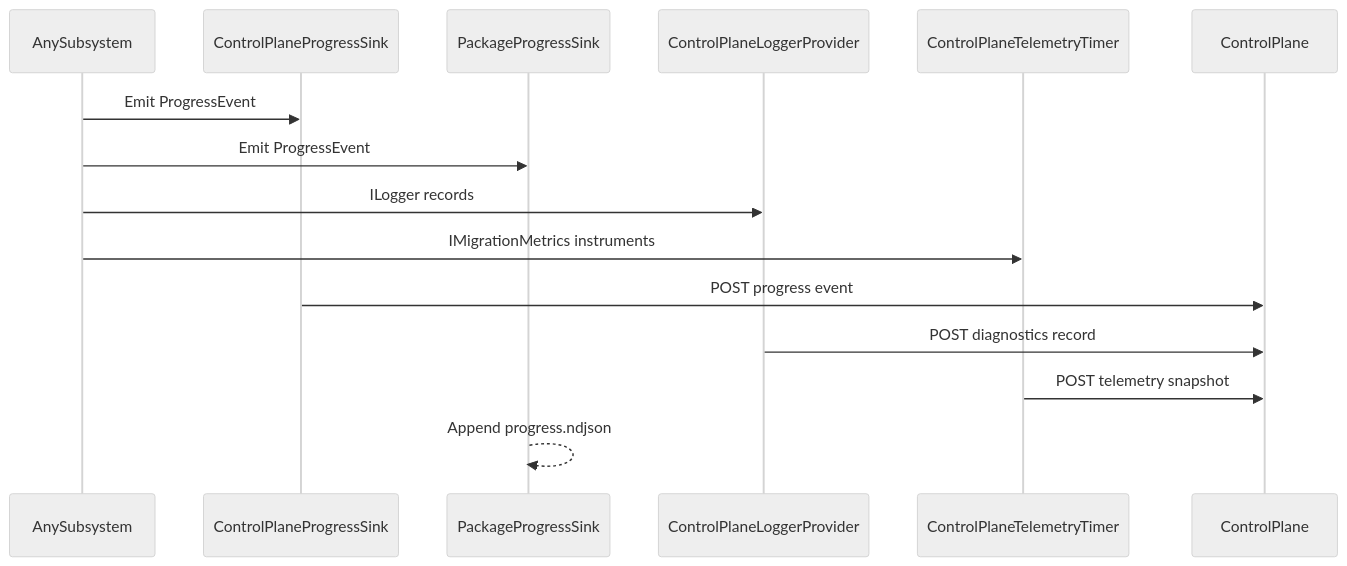
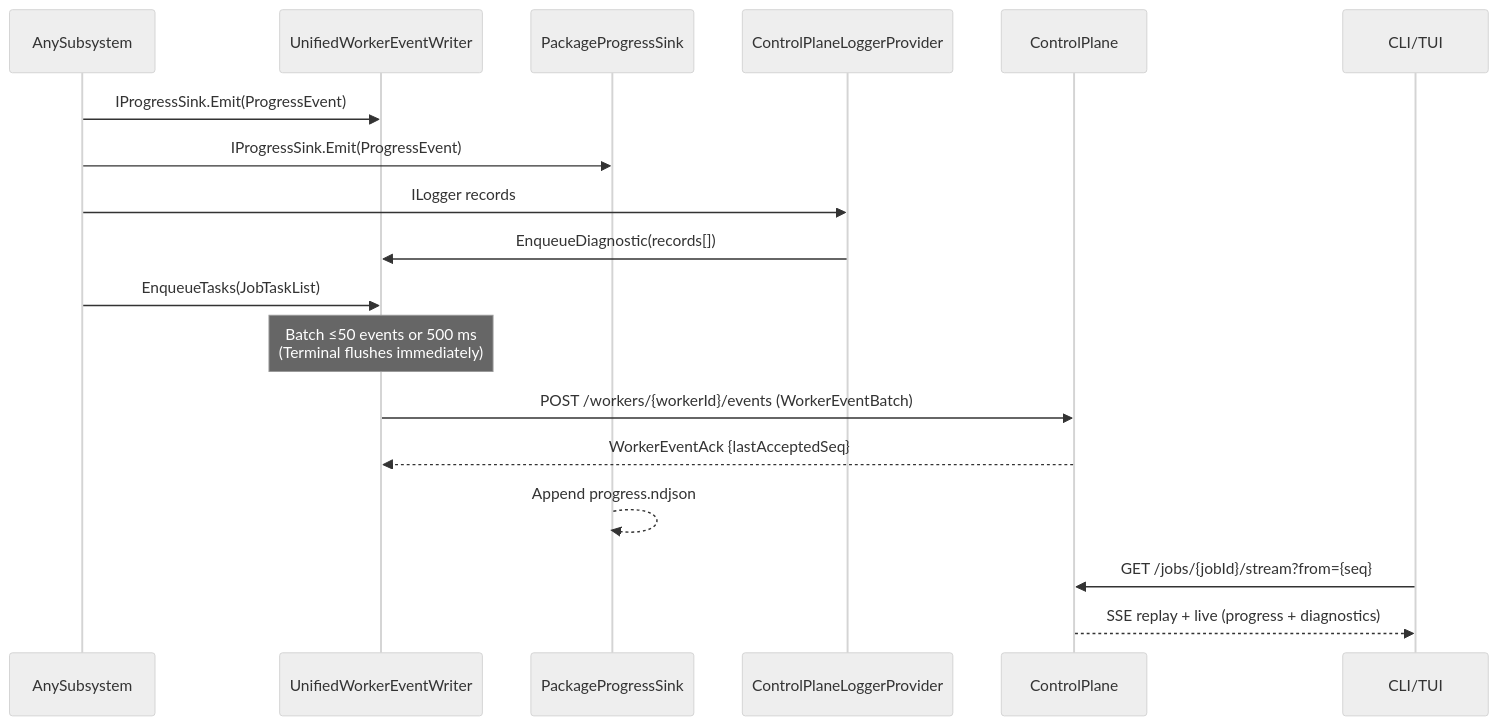
One commit to nkdAgility/azure-devops-migration-platform changed the diagram in .agents/10-contracts/specs/observability-transport-contract.md. Above: the diagram before and after it, drawn with Mermaid (neutral theme). The commit also changed other lines of this file and 652 other files, not shown here.

First line of the commit message:
Refactor Control Plane communication and enhance event handling (#131)

````diff
--- a/.agents/10-contracts/specs/observability-transport-contract.md
+++ b/.agents/10-contracts/specs/observability-transport-contract.md
@@ -27,18 +64,21 @@
 ```mermaid
 sequenceDiagram
   participant SUB as AnySubsystem
-  participant CPS as ControlPlaneProgressSink
+  participant UEW as UnifiedWorkerEventWriter
   participant PPS as PackageProgressSink
   participant CLP as ControlPlaneLoggerProvider
-  participant CTT as ControlPlaneTelemetryTimer
   participant CP as ControlPlane
+  participant CLI as CLI/TUI
 
-  SUB->>CPS: Emit ProgressEvent
-  SUB->>PPS: Emit ProgressEvent
+  SUB->>UEW: IProgressSink.Emit(ProgressEvent)
+  SUB->>PPS: IProgressSink.Emit(ProgressEvent)
   SUB->>CLP: ILogger records
-  SUB->>CTT: IMigrationMetrics instruments
-  CPS->>CP: POST progress event
-  CLP->>CP: POST diagnostics record
-  CTT->>CP: POST telemetry snapshot
+  CLP->>UEW: EnqueueDiagnostic(records[])
+  SUB->>UEW: EnqueueTasks(JobTaskList)
+  Note over UEW: Batch ≤50 events or 500 ms<br/>(Terminal flushes immediately)
+  UEW->>CP: POST /workers/{workerId}/events (WorkerEventBatch)
+  CP-->>UEW: WorkerEventAck {lastAcceptedSeq}
   PPS-->>PPS: Append progress.ndjson
+  CLI->>CP: GET /jobs/{jobId}/stream?from={seq}
+  CP-->>CLI: SSE replay + live (progress + diagnostics)
 ```
````
